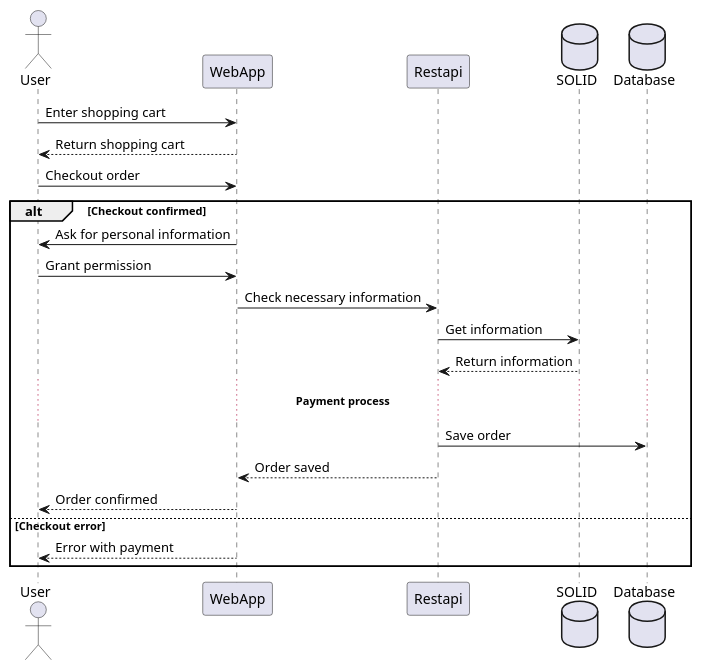
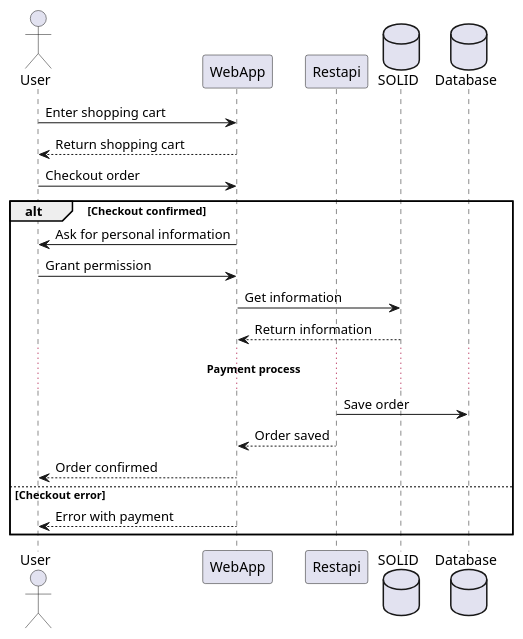
One commit to Arquisoft/dede_es5a changed the fifth of 6 diagrams in docs/06_runtime_view.adoc. Above: the diagram before and after it, drawn with PlantUML. The commit also changed other lines of this file, not shown here.

Commit message:
Corregidas diagramas confirmar compra y registrar evento venta

```diff
--- a/docs/06_runtime_view.adoc
+++ b/docs/06_runtime_view.adoc
@@ -129,26 +129,25 @@
 [plantuml,"Sequence diagram_Confirm_purchase",png]
 ----
 @startuml
 actor User
 participant WebApp
 participant Restapi
 database SOLID
 database Database
 User-> WebApp: Enter shopping cart
 User<-- WebApp: Return shopping cart
 User-> WebApp: Checkout order
 alt Checkout confirmed
     User<- WebApp: Ask for personal information
     User-> WebApp: Grant permission
-    WebApp-> Restapi: Check necessary information
-    Restapi-> SOLID: Get information
-    Restapi<-- SOLID: Return information
+    WebApp-> SOLID: Get information
+    WebApp<-- SOLID: Return information
 ... **Payment process** ...
     Restapi-> Database: Save order
     Restapi--> WebApp: Order saved
     WebApp--> User: Order confirmed
 else Checkout error
     WebApp--> User: Error with payment
 end
 @enduml
 ----
```
